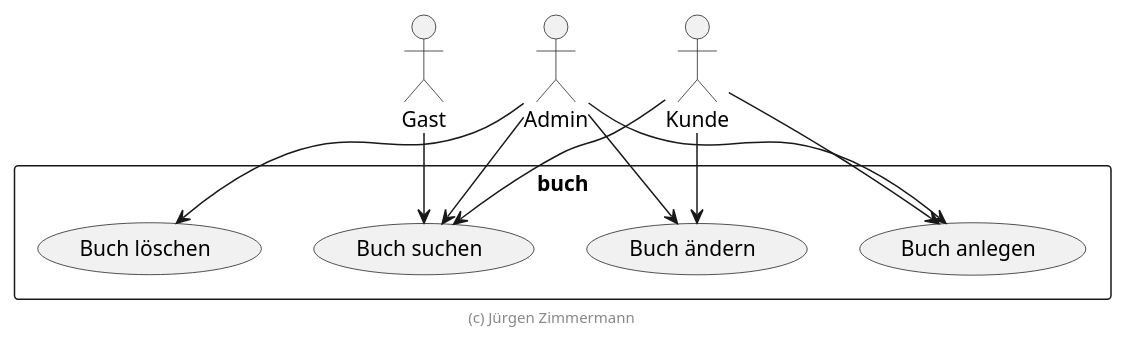
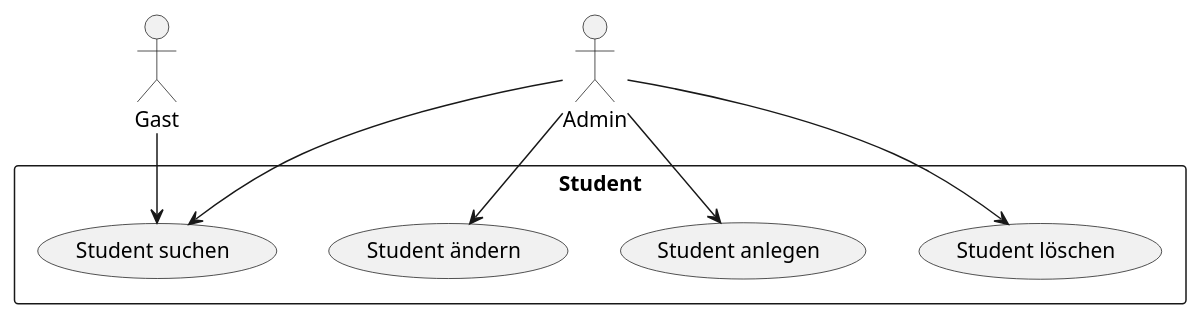
The diagram in .extras/doc/projekthandbuch/use-cases.plantuml (vaxa26/Studenten), drawn with PlantUML before and after one commit. The commit also changed 30 other files, not shown here.

```diff
--- a/.extras/doc/projekthandbuch/use-cases.plantuml
+++ b/.extras/doc/projekthandbuch/use-cases.plantuml
@@ -18,20 +18,15 @@
 @startuml Use Cases
 
 actor Gast
 actor Admin
-actor Kunde
 
-rectangle buch {
-    Gast --> (Buch suchen)
-    Admin --> (Buch suchen)
-    Admin --> (Buch anlegen)
-    Admin --> (Buch ändern)
-    Admin --> (Buch löschen)
-    Kunde --> (Buch suchen)
-    Kunde --> (Buch anlegen)
-    Kunde --> (Buch ändern)
+rectangle Student {
+    Gast --> (Student suchen)
+    Admin --> (Student suchen)
+    Admin --> (Student anlegen)
+    Admin --> (Student ändern)
+    Admin --> (Student löschen)
 }
 
-footer (c) Jürgen Zimmermann
 
 @enduml
```
